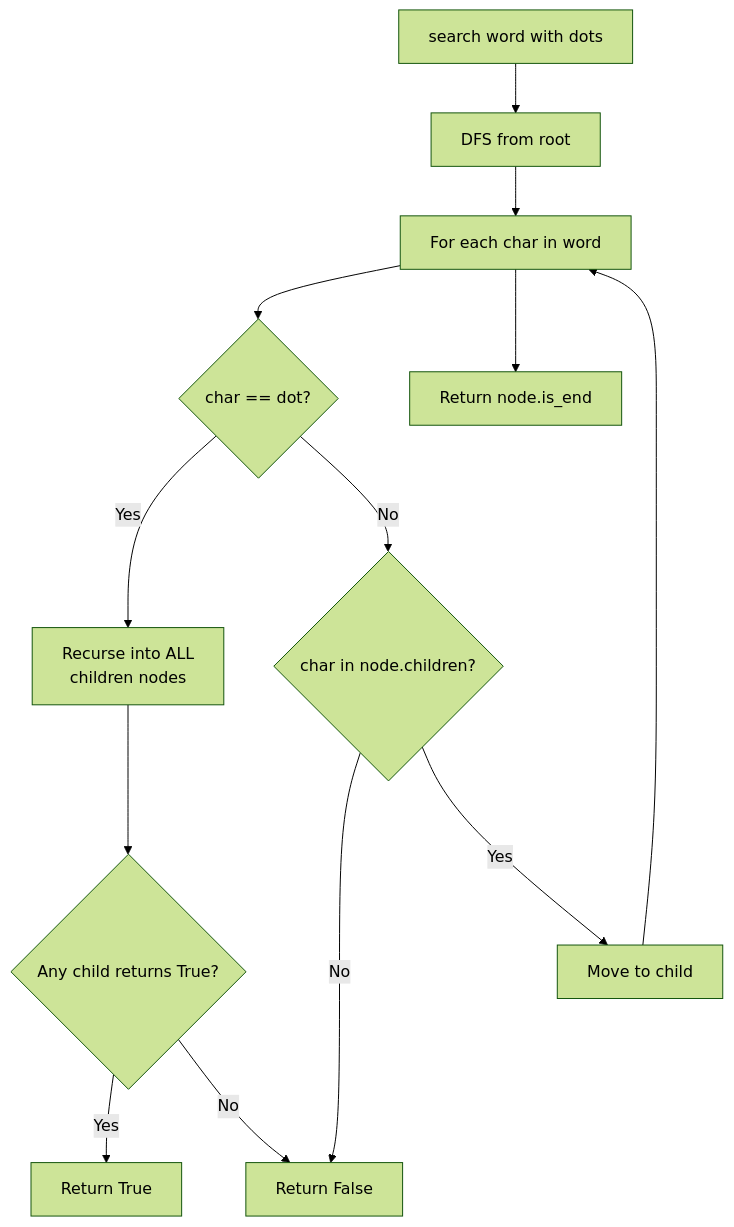
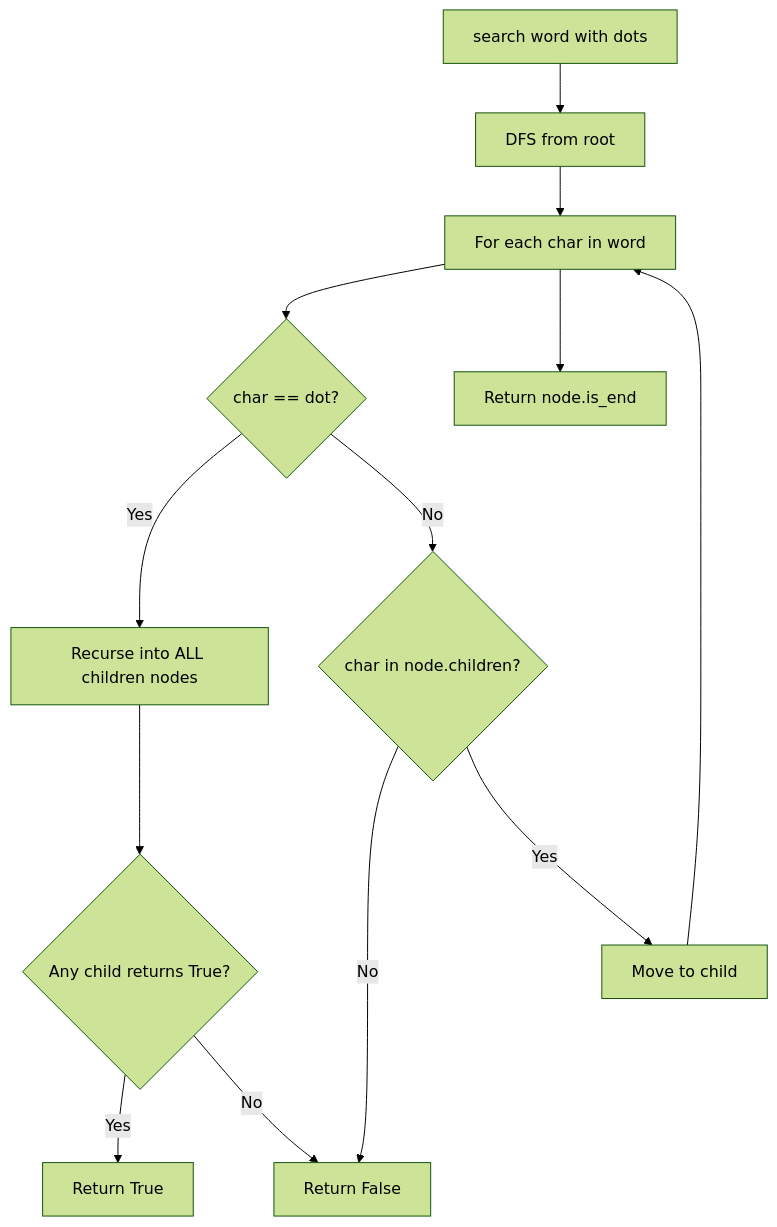
The fourth of 7 diagrams in tries/README.md (deepanshu-rawat6/AlgoAtlas), drawn with Mermaid (forest theme) before and after one commit. The commit also changed other lines of this file and 13 other files, not shown here.

````diff
--- a/tries/README.md
+++ b/tries/README.md
@@ -65,15 +65,15 @@
 ```mermaid
 flowchart TD
     A[search word with dots] --> B[DFS from root]
     B --> C[For each char in word]
     C --> D{"char == dot?"}
-    D -- Yes --> E[Recurse into ALL<br>children nodes]
+    D -- Yes --> E[Recurse into ALL children nodes]
     D -- No --> F{"char in node.children?"}
     F -- No --> G[Return False]
     F -- Yes --> H[Move to child]
     E --> I{"Any child returns True?"}
     I -- Yes --> J[Return True]
     I -- No --> G
     H --> C
     C --> K[Return node.is_end]
 ```
````
